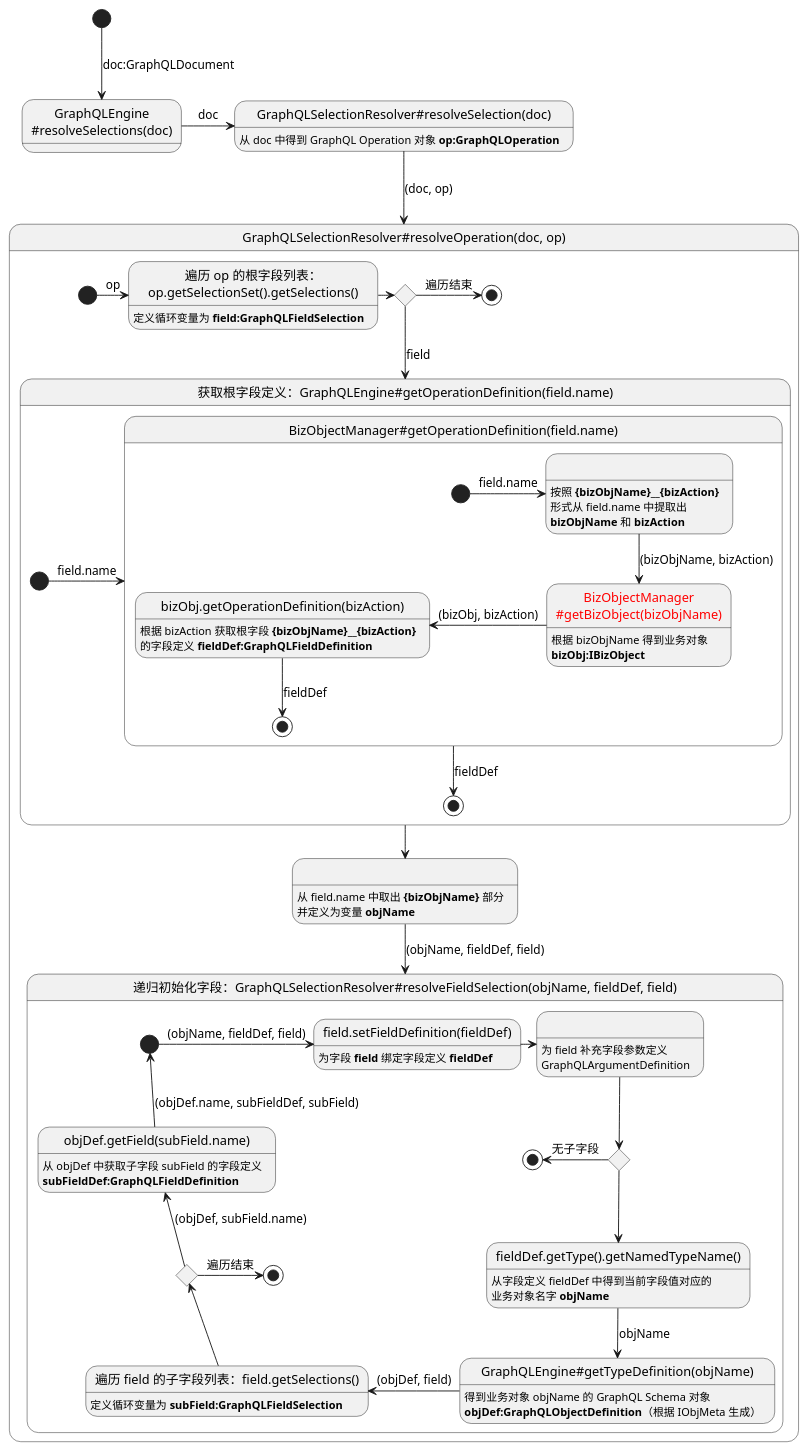
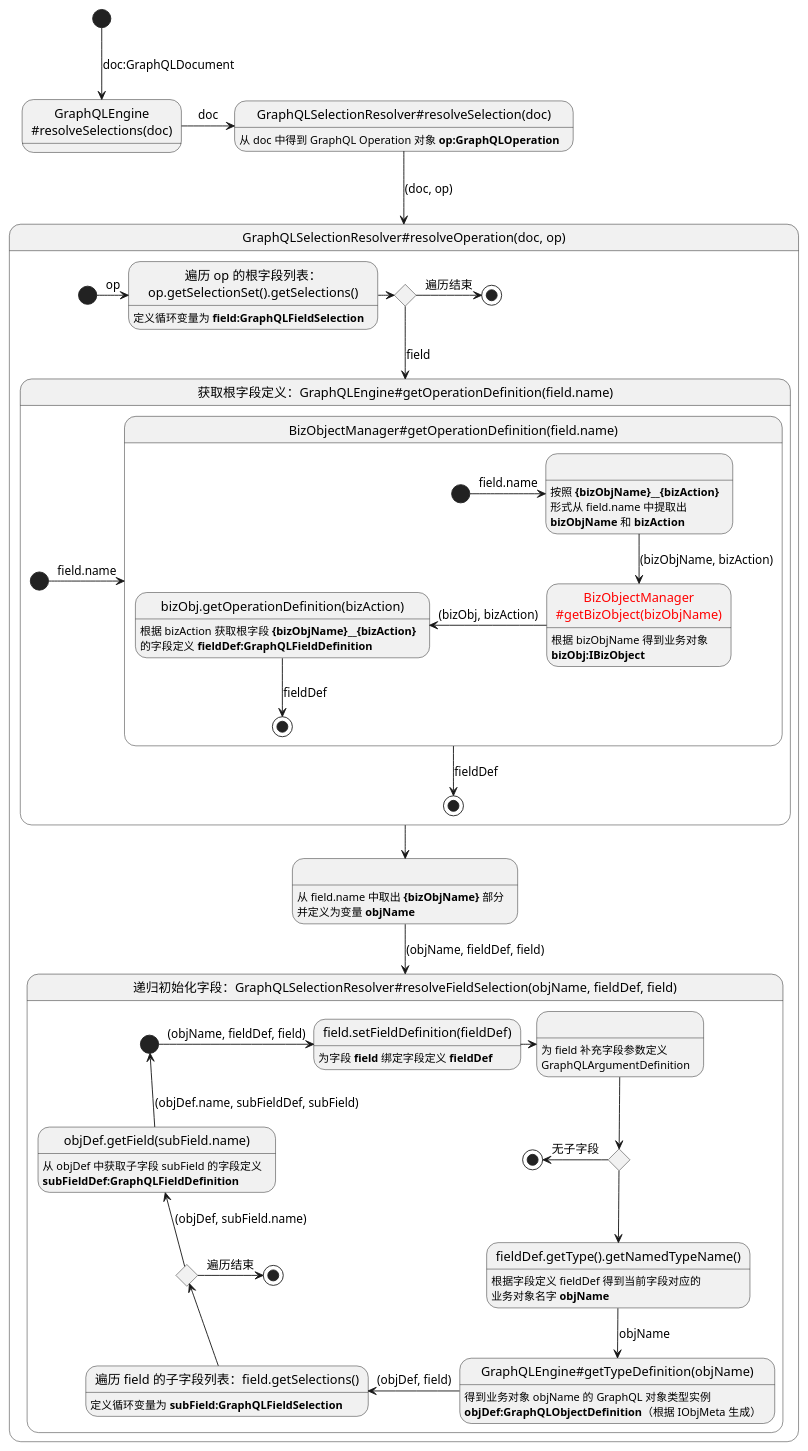
One commit to crazydan-studio/nop.crazydan.io changed the sixth of 9 diagrams in docs/400.implement/400.component/100.graphql.md. Above: the diagram before and after it, drawn with PlantUML. The commit also changed other lines of this file, not shown here.

````diff
--- a/docs/400.implement/400.component/100.graphql.md
+++ b/docs/400.implement/400.component/100.graphql.md
@@ -659,70 +681,70 @@
 ```plantuml
 state "GraphQLEngine\n~#resolveSelections(doc)" as call_engine_resolveSelections
 state "GraphQLSelectionResolver#resolveSelection(doc)" as call_resolver_resolveSelection: 从 doc 中得到 GraphQL Operation 对象 <b>op:GraphQLOperation</b>
 
 [*] -down-> call_engine_resolveSelections: doc:GraphQLDocument
 call_engine_resolveSelections -> call_resolver_resolveSelection: doc
 call_resolver_resolveSelection -down-> call_resolver_resolveOperation: (doc, op)
 
 state "GraphQLSelectionResolver#resolveOperation(doc, op)" as call_resolver_resolveOperation {
   state "遍历 op 的根字段列表：\nop.getSelectionSet().getSelections()" as get_field_from_op: 定义循环变量为 <b>field:GraphQLFieldSelection</b>
   state " " as split_objName_from_op: 从 field.name 中取出 **{bizObjName}** 部分\n并定义为变量 <b>objName</b>
   state has_op_field <<choice>>
 
   [*] -right-> get_field_from_op: op
   get_field_from_op -right-> has_op_field
 
   has_op_field -right-> [*]: 遍历结束
   has_op_field -down-> call_engine_getOperationDefinition: field
 
   call_engine_getOperationDefinition -down-> split_objName_from_op
   split_objName_from_op -down-> call_resolver_resolveFieldSelection: (objName, fieldDef, field)
 
   state "获取根字段定义：GraphQLEngine~#getOperationDefinition(field.name)" as call_engine_getOperationDefinition {
     [*] -right-> call_bizObj_getOperationDefinition: field.name
     call_bizObj_getOperationDefinition -down-> [*]: fieldDef
 
     state "BizObjectManager#getOperationDefinition(field.name)" as call_bizObj_getOperationDefinition {
       state " " as split_field_name: 按照 **{bizObjName}__{bizAction}**\n形式从 field.name 中提取出\n**bizObjName** 和 **bizAction**
       state "<color:red>BizObjectManager\n<color:red>~#getBizObject(bizObjName)" as call_biz_obj_man_getBizObject: 根据 bizObjName 得到业务对象\n<b>bizObj:IBizObject</b>
       state "bizObj.getOperationDefinition(bizAction)" as call_biz_obj_getOperationDefinition: 根据 bizAction 获取根字段 **{bizObjName}__{bizAction}**\n的字段定义 <b>fieldDef:GraphQLFieldDefinition</b>
 
       [*] -right-> split_field_name: field.name
       split_field_name -down-> call_biz_obj_man_getBizObject: (bizObjName, bizAction)
       call_biz_obj_man_getBizObject -left-> call_biz_obj_getOperationDefinition: (bizObj, bizAction)
       call_biz_obj_getOperationDefinition -down-> [*]: fieldDef
     }
   }
 
   state "递归初始化字段：GraphQLSelectionResolver~#resolveFieldSelection(objName, fieldDef, field)" as call_resolver_resolveFieldSelection {
     state "field.setFieldDefinition(fieldDef)" as call_field_setFieldDefinition: 为字段 <b>field</b> 绑定字段定义 <b>fieldDef</b>
     state " " as validate_field_args: 为 field 补充字段参数定义\nGraphQLArgumentDefinition
     state top_has_sub_field <<choice>>
 
-    state "fieldDef.getType().getNamedTypeName()" as call_fieldDef_getType: 从字段定义 fieldDef 中得到当前字段值对应的\n业务对象名字 **objName**
-    state "GraphQLEngine#getTypeDefinition(objName)" as call_engine_getTypeDefinition: 得到业务对象 objName 的 GraphQL Schema 对象\n<b>objDef:GraphQLObjectDefinition</b>（根据 IObjMeta 生成）
+    state "fieldDef.getType().getNamedTypeName()" as call_fieldDef_getType: 根据字段定义 fieldDef 得到当前字段对应的\n业务对象名字 **objName**
+    state "GraphQLEngine#getTypeDefinition(objName)" as call_engine_getTypeDefinition: 得到业务对象 objName 的 GraphQL 对象类型实例\n<b>objDef:GraphQLObjectDefinition</b>（根据 IObjMeta 生成）
     state "遍历 field 的子字段列表：field.getSelections()" as get_field_from_field: 定义循环变量为 <b>subField:GraphQLFieldSelection</b>
     state "objDef.getField(subField.name)" as call_obj_def_getField: 从 objDef 中获取子字段 subField 的字段定义\n<b>subFieldDef:GraphQLFieldDefinition</b>
     state has_sub_field <<choice>>
     state start <<start>>
     state end0 <<end>>
     state end1 <<end>>
 
     start -right-> call_field_setFieldDefinition: (objName, fieldDef, field)
     call_field_setFieldDefinition -right-> validate_field_args
     validate_field_args -down-> top_has_sub_field
 
     top_has_sub_field -left-> end0: 无子字段
     top_has_sub_field -down-> call_fieldDef_getType
     call_fieldDef_getType -down-> call_engine_getTypeDefinition: objName
 
     call_engine_getTypeDefinition -left-> get_field_from_field: (objDef, field)
     get_field_from_field -up-> has_sub_field
 
     has_sub_field -right-> end1: 遍历结束
     has_sub_field -up-> call_obj_def_getField: (objDef, subField.name)
 
     call_obj_def_getField -up-> start: (objDef.name, subFieldDef, subField)
   }
 }
 ```
````
